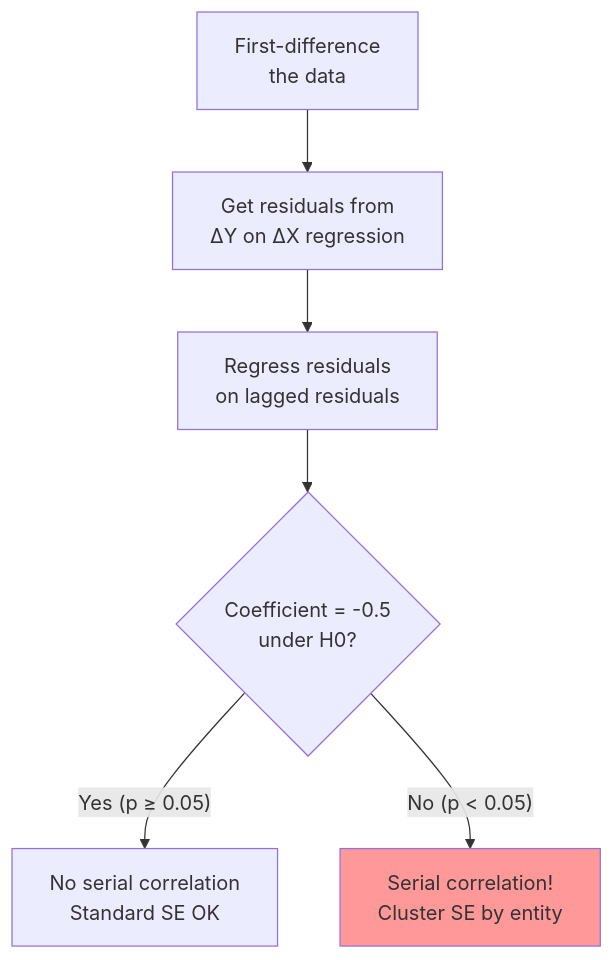
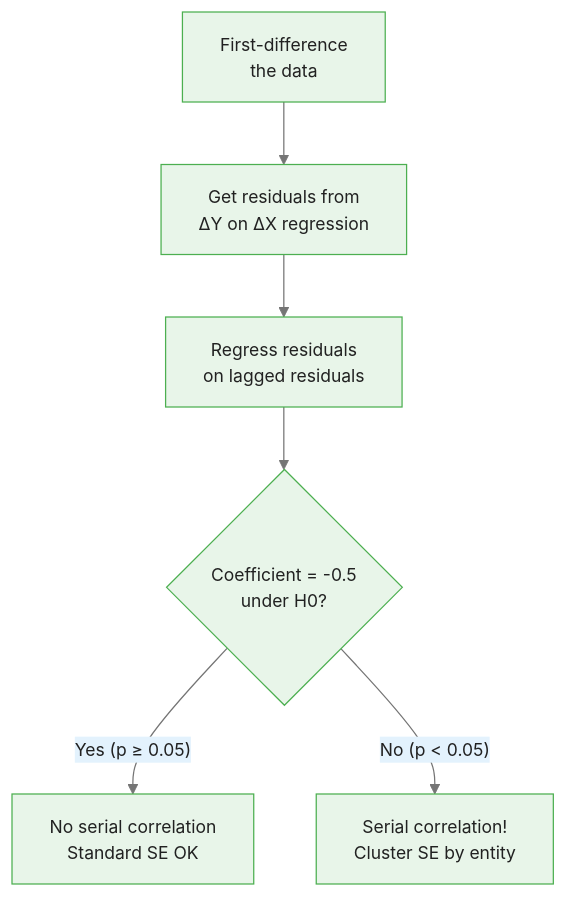
Before and after one commit to m-deane/course-creator: the third of 4 diagrams in courses/panel-regression/modules/module_04_model_selection/guides/02_specification_tests_slides.md, drawn with Mermaid. The commit also changed other lines of this file and 79 other files, not shown here.

````diff
--- a/courses/panel-regression/modules/module_04_model_selection/guides/02_specification_tests_slides.md
+++ b/courses/panel-regression/modules/module_04_model_selection/guides/02_specification_tests_slides.md
@@ -169,10 +212,9 @@
 ```mermaid
+%%{init: {"theme": "base", "themeVariables": {"primaryColor": "#e8f5e9", "primaryBorderColor": "#4caf50", "primaryTextColor": "#212121", "secondaryColor": "#e3f2fd", "tertiaryColor": "#fff8e1", "lineColor": "#757575", "fontFamily": "Inter, sans-serif", "fontSize": "14px"}}}%%
 flowchart TD
     FD["First-difference<br/>the data"] --> RESID["Get residuals from<br/>ΔY on ΔX regression"]
     RESID --> LAG["Regress residuals<br/>on lagged residuals"]
     LAG --> TEST{"Coefficient = -0.5<br/>under H0?"}
     TEST -->|"Yes (p ≥ 0.05)"| OK["No serial correlation<br/>Standard SE OK"]
     TEST -->|"No (p < 0.05)"| FIX["Serial correlation!<br/>Cluster SE by entity"]
-
-    style FIX fill:#f99
 ```
````
